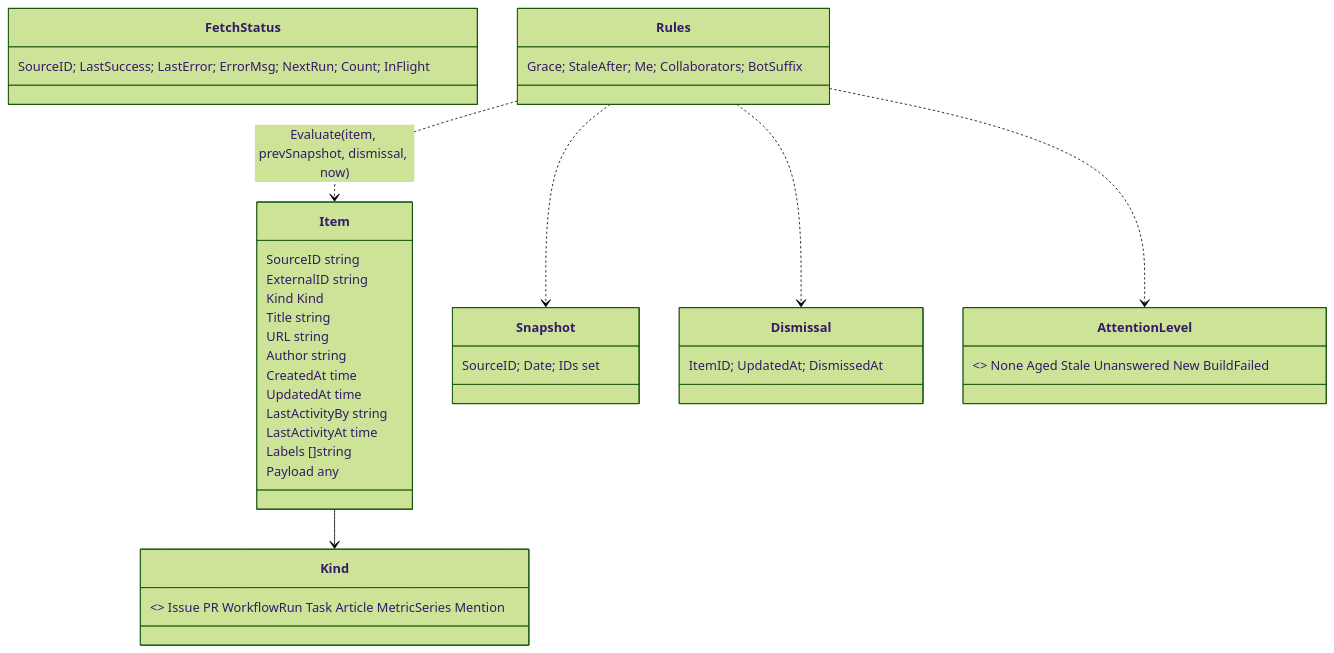
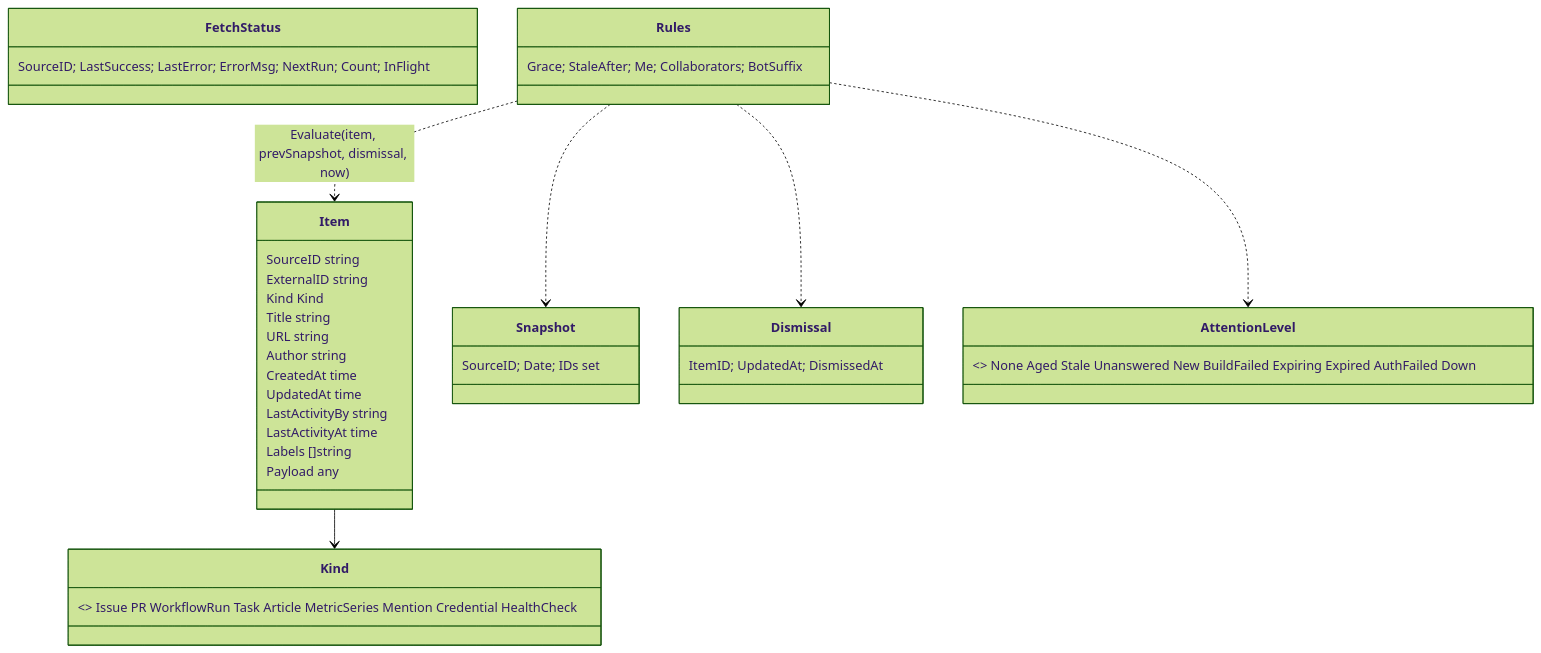
Before and after one commit to gernotstarke/zorgscope: the diagram in docs/architecture/08-crosscutting-concepts.md, drawn with Mermaid (forest theme). The commit also changed other lines of this file and 13 other files, not shown here.

First line of the commit message:
docs: add credential expiry & health watch (E-11, G-6, QS-1.9/1.10, watch adapter, config)

````diff
--- a/docs/architecture/08-crosscutting-concepts.md
+++ b/docs/architecture/08-crosscutting-concepts.md
@@ -5,28 +5,28 @@
 ```mermaid
 classDiagram
     class Item {
       SourceID string
       ExternalID string
       Kind Kind
       Title string
       URL string
       Author string
       CreatedAt time
       UpdatedAt time
       LastActivityBy string
       LastActivityAt time
       Labels []string
       Payload any
     }
-    class Kind { <<enum>> Issue PR WorkflowRun Task Article MetricSeries Mention }
+    class Kind { <<enum>> Issue PR WorkflowRun Task Article MetricSeries Mention Credential HealthCheck }
     class Snapshot { SourceID; Date; IDs set }
     class Dismissal { ItemID; UpdatedAt; DismissedAt }
     class FetchStatus { SourceID; LastSuccess; LastError; ErrorMsg; NextRun; Count; InFlight }
     class Rules { Grace; StaleAfter; Me; Collaborators; BotSuffix }
-    class AttentionLevel { <<enum>> None Aged Stale Unanswered New BuildFailed }
+    class AttentionLevel { <<enum>> None Aged Stale Unanswered New BuildFailed Expiring Expired AuthFailed Down }
     Item --> Kind
     Rules ..> Item : Evaluate(item, prevSnapshot, dismissal, now)
     Rules ..> Snapshot
     Rules ..> Dismissal
     Rules ..> AttentionLevel
 ```
````
